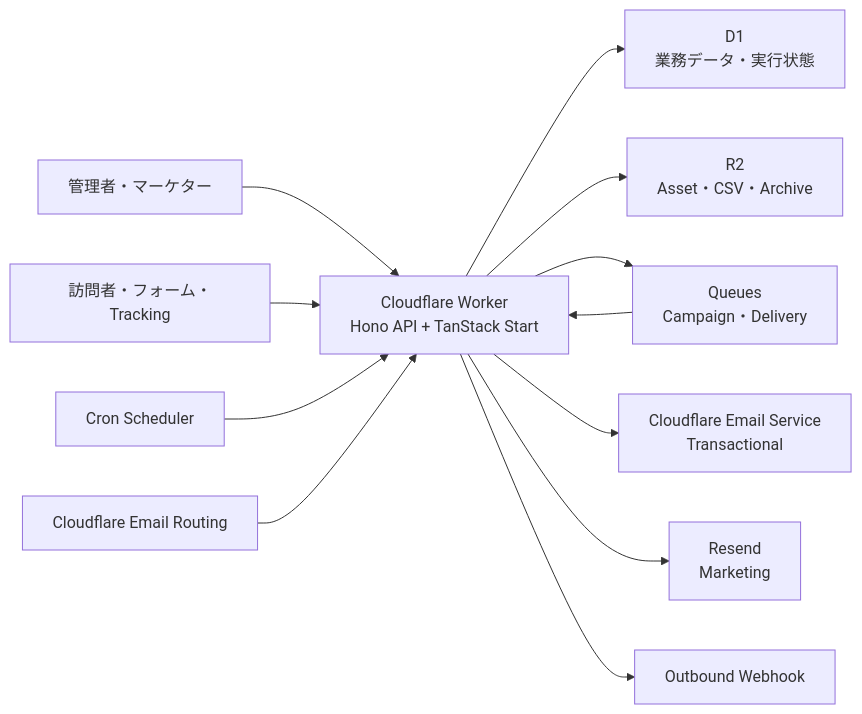
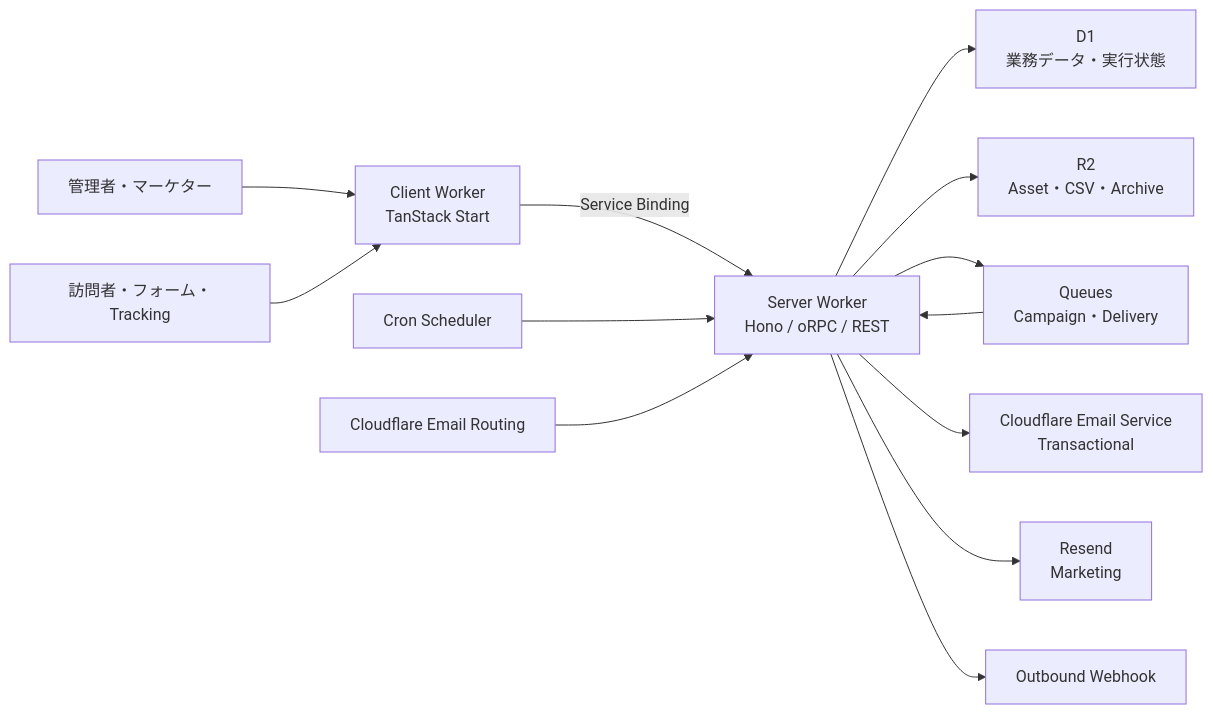
The diagram in README.md (martech-oss/kaen-ma), drawn with Mermaid before and after one commit. The commit also changed other lines of this file and 12 other files, not shown here.

````diff
--- a/README.md
+++ b/README.md
@@ -36,14 +36,15 @@
 ```mermaid
 flowchart LR
-    A["管理者・マーケター"] --> W["Cloudflare Worker<br>Hono API + TanStack Start"]
-    V["訪問者・フォーム・Tracking"] --> W
-    C["Cron Scheduler"] --> W
-    W --> D["D1<br>業務データ・実行状態"]
-    W --> R["R2<br>Asset・CSV・Archive"]
-    W --> Q["Queues<br>Campaign・Delivery"]
-    Q --> W
-    W --> CF["Cloudflare Email Service<br>Transactional"]
-    W --> RE["Resend<br>Marketing"]
-    W --> WH["Outbound Webhook"]
-    ER["Cloudflare Email Routing"] --> W
+    A["管理者・マーケター"] --> C["Client Worker<br>TanStack Start"]
+    V["訪問者・フォーム・Tracking"] --> C
+    C -->|"Service Binding"| S["Server Worker<br>Hono / oRPC / REST"]
+    CR["Cron Scheduler"] --> S
+    S --> D["D1<br>業務データ・実行状態"]
+    S --> R["R2<br>Asset・CSV・Archive"]
+    S --> Q["Queues<br>Campaign・Delivery"]
+    Q --> S
+    S --> CF["Cloudflare Email Service<br>Transactional"]
+    S --> RE["Resend<br>Marketing"]
+    S --> WH["Outbound Webhook"]
+    ER["Cloudflare Email Routing"] --> S
 ```
````
